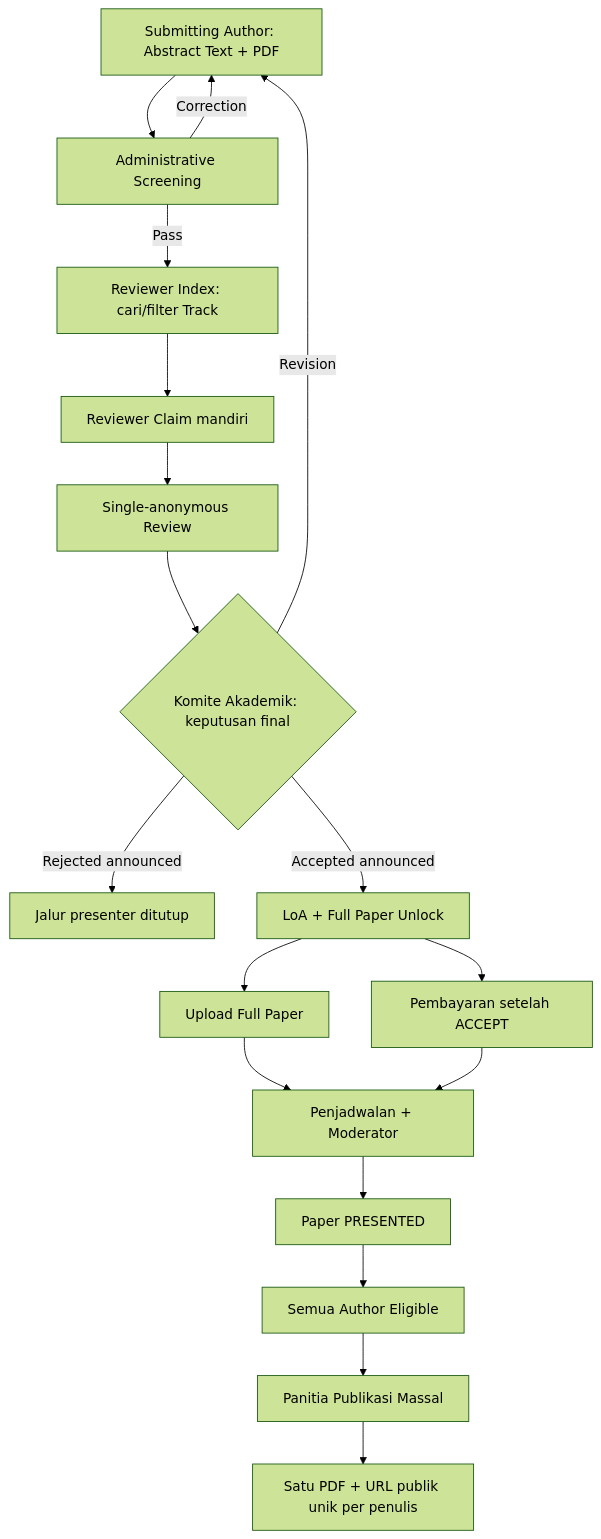
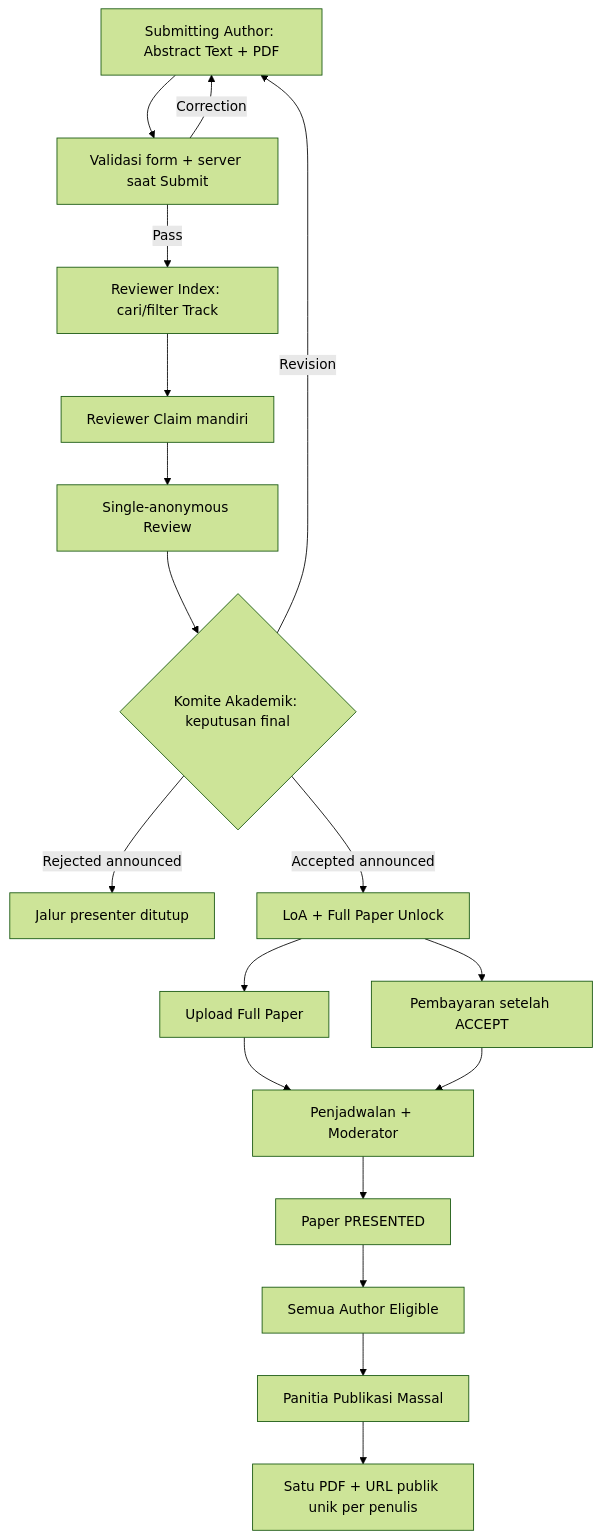
The sixth of 10 diagrams in docs/00-PRESENTASI-WAREK-I.md (akhmadafnan/iches-unisya), drawn with Mermaid (forest theme) before and after one commit. The commit also changed other lines of this file and 9 other files, not shown here.

Commit message:
docs: replace abstract screening with submit validation and link Co-Host seat proposal

````diff
--- a/docs/00-PRESENTASI-WAREK-I.md
+++ b/docs/00-PRESENTASI-WAREK-I.md
@@ -141,20 +143,20 @@
 ```mermaid
 flowchart TD
-  A["Submitting Author: Abstract Text + PDF"] --> B["Administrative Screening"]
+  A["Submitting Author: Abstract Text + PDF"] --> B["Validasi form + server saat Submit"]
   B -->|Correction| A
   B -->|Pass| C["Reviewer Index: cari/filter Track"]
   C --> D["Reviewer Claim mandiri"]
   D --> E["Single-anonymous Review"]
   E --> F{"Komite Akademik: keputusan final"}
   F -->|Revision| A
   F -->|Rejected announced| X["Jalur presenter ditutup"]
   F -->|Accepted announced| G["LoA + Full Paper Unlock"]
   G --> H["Upload Full Paper"]
   G --> I["Pembayaran setelah ACCEPT"]
   H --> J["Penjadwalan + Moderator"]
   I --> J
   J --> K["Paper PRESENTED"]
   K --> L["Semua Author Eligible"]
   L --> M["Panitia Publikasi Massal"]
   M --> N["Satu PDF + URL publik unik per penulis"]
 ```
````
